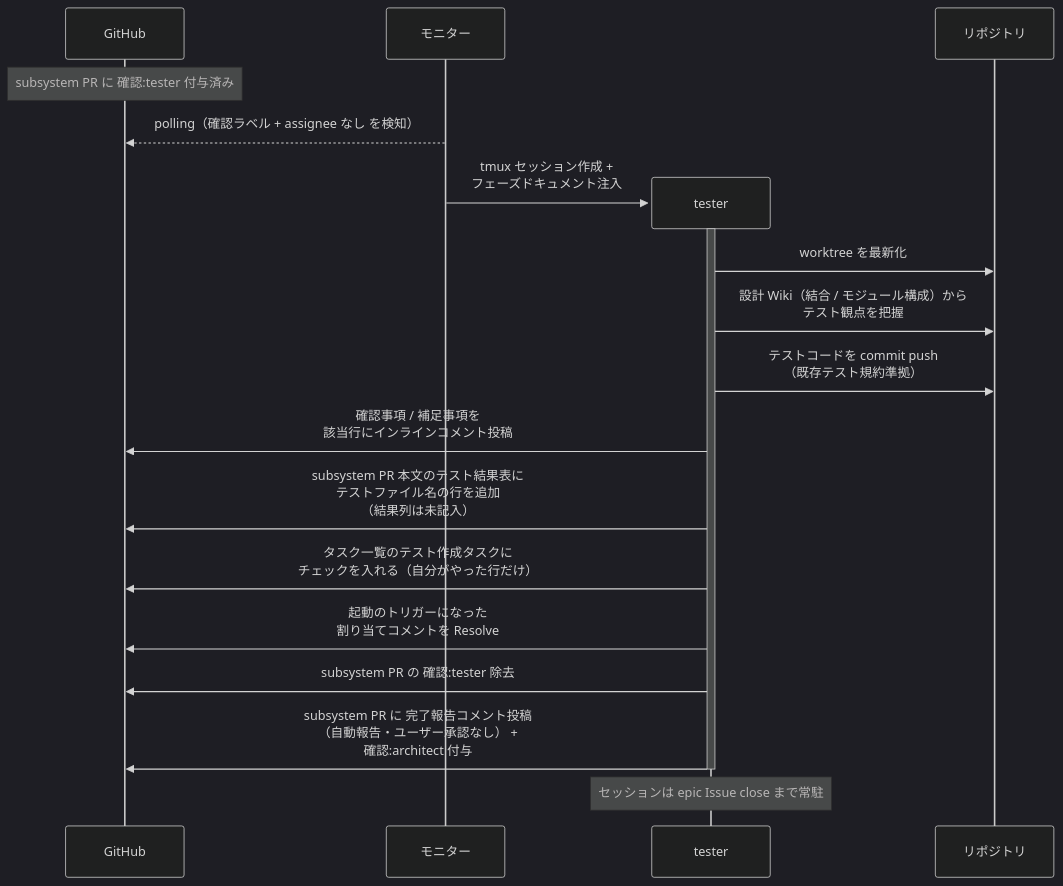
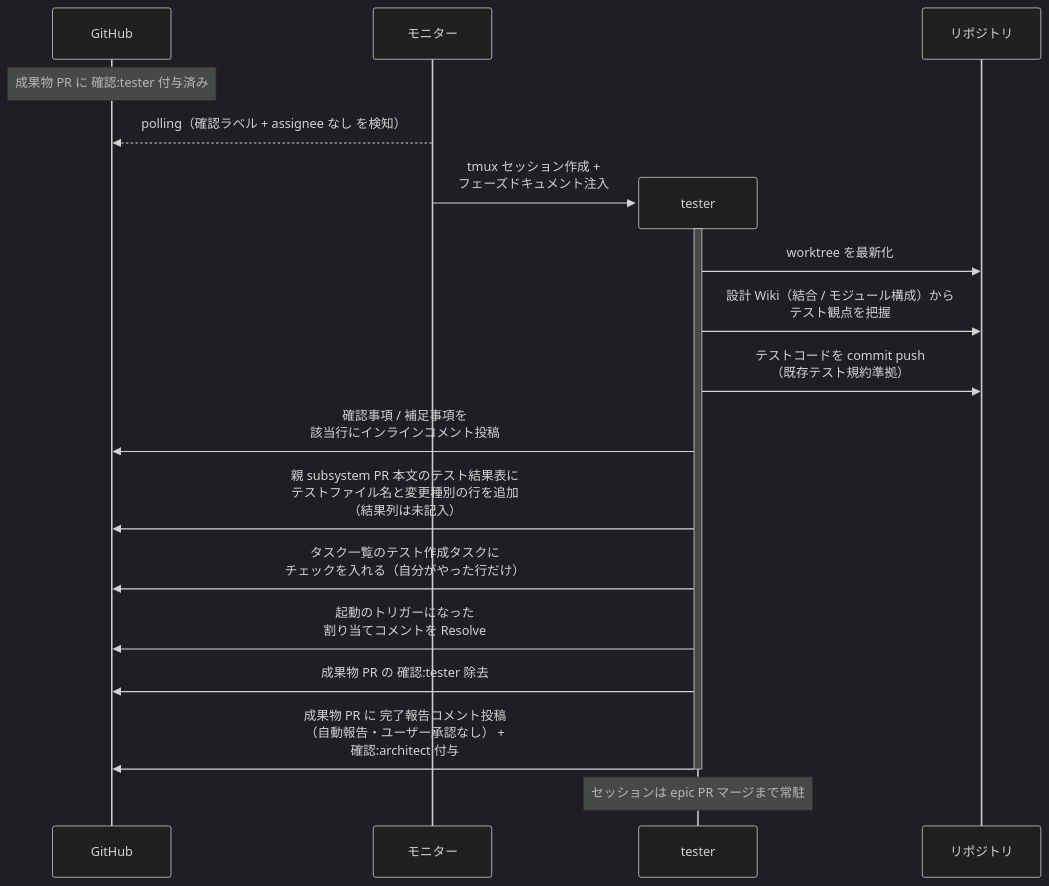
One commit to shuhei1101/ai-monitor changed the first of 3 diagrams in docs/wiki/設計図/シナリオ/単一ユースケース/テスト作成.md. Above: the diagram before and after it, drawn with Mermaid (dark theme). The commit also changed other lines of this file and 256 other files, not shown here.

````diff
--- a/docs/wiki/設計図/シナリオ/単一ユースケース/テスト作成.md
+++ b/docs/wiki/設計図/シナリオ/単一ユースケース/テスト作成.md
@@ -25,23 +25,23 @@
 ```mermaid
 sequenceDiagram
   participant GH as GitHub
   participant ORC as モニター
 
-  Note over GH: subsystem PR に 確認:tester 付与済み
+  Note over GH: 成果物 PR に 確認:tester 付与済み
   ORC-->>GH: polling（確認ラベル + assignee なし を検知）
   create participant MON as tester
   ORC->>MON: tmux セッション作成 +<br>フェーズドキュメント注入
   participant REPO as リポジトリ
   activate MON
   MON->>REPO: worktree を最新化
   MON->>REPO: 設計 Wiki（結合 / モジュール構成）から<br>テスト観点を把握
   MON->>REPO: テストコードを commit push<br>（既存テスト規約準拠）
   MON->>GH: 確認事項 / 補足事項を<br>該当行にインラインコメント投稿
-  MON->>GH: subsystem PR 本文のテスト結果表に<br>テストファイル名の行を追加<br>（結果列は未記入）
+  MON->>GH: 親 subsystem PR 本文のテスト結果表に<br>テストファイル名と変更種別の行を追加<br>（結果列は未記入）
   MON->>GH: タスク一覧のテスト作成タスクに<br>チェックを入れる（自分がやった行だけ）
   MON->>GH: 起動のトリガーになった<br>割り当てコメントを Resolve
-  MON->>GH: subsystem PR の 確認:tester 除去
-  MON->>GH: subsystem PR に 完了報告コメント投稿<br>（自動報告・ユーザー承認なし） +<br>確認:architect 付与
+  MON->>GH: 成果物 PR の 確認:tester 除去
+  MON->>GH: 成果物 PR に 完了報告コメント投稿<br>（自動報告・ユーザー承認なし） +<br>確認:architect 付与
   deactivate MON
-  Note over MON: セッションは epic Issue close まで常駐
+  Note over MON: セッションは epic PR マージまで常駐
 ```
````
